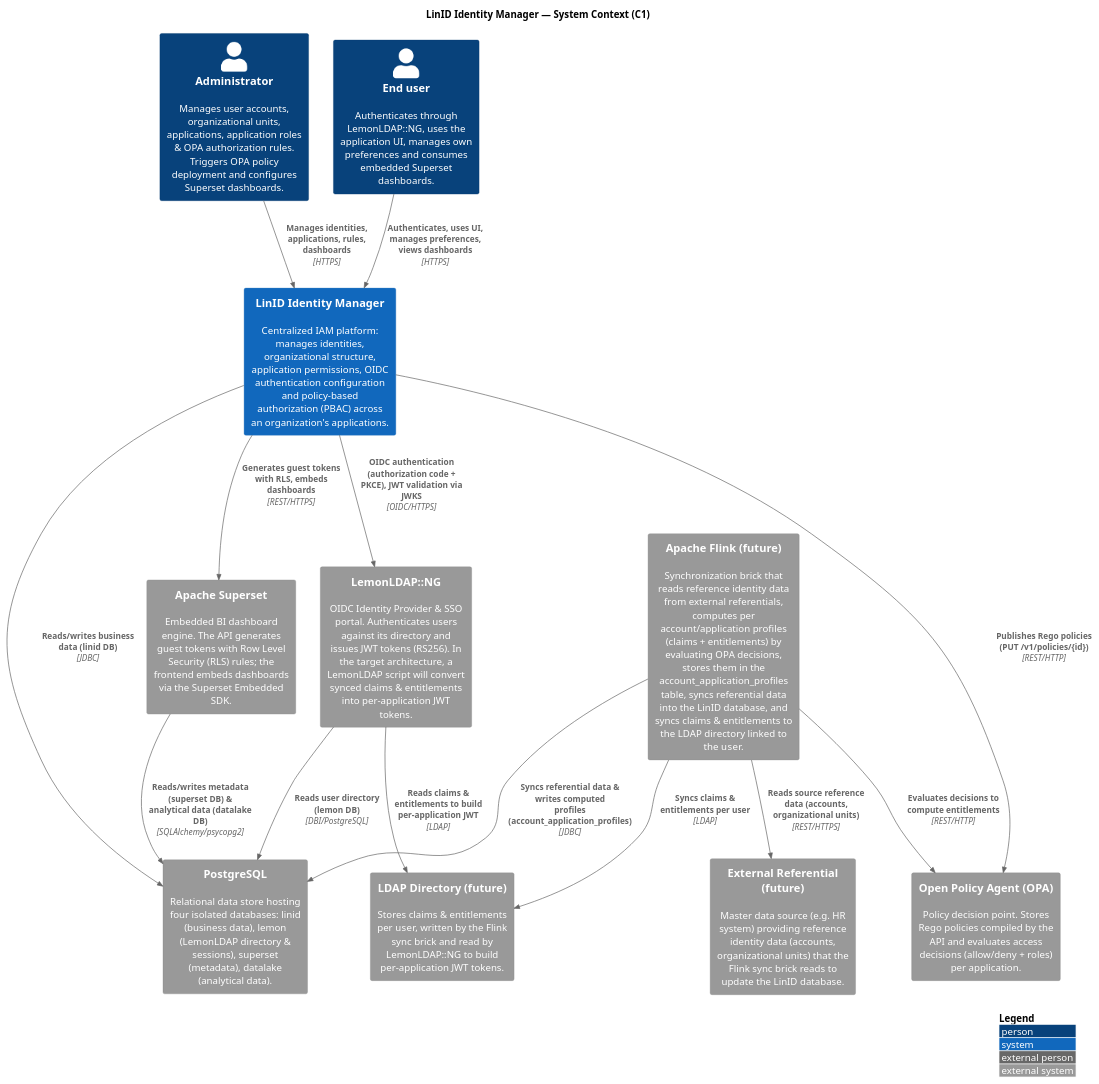
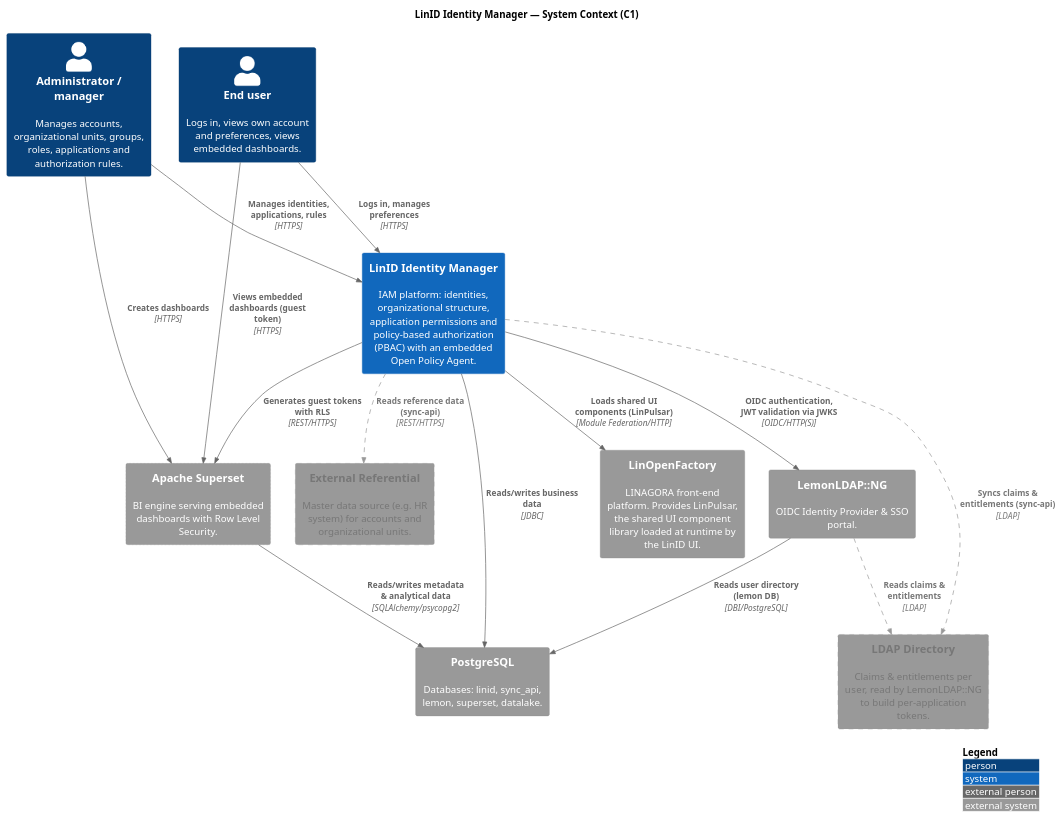
The diagram in docs/c4/C1-system-context.puml (linagora/linid-identity-manager), drawn with PlantUML before and after one commit. The commit also changed 8 other files, not shown here.

Commit message:
docs: improve c1-c3 schemas

```diff
--- a/docs/c4/C1-system-context.puml
+++ b/docs/c4/C1-system-context.puml
@@ -1,47 +1,50 @@
 @startuml C1-System-Context
 ' ============================================================================
 ' LinID Identity Manager — C4 Level 1: System Context
 ' ============================================================================
-!include https://raw.githubusercontent.com/plantuml-stdlib/C4-PlantUML/master/C4_Context.puml
+!include https://raw.githubusercontent.com/plantuml-stdlib/C4-PlantUML/v2.13.0/C4_Context.puml
+
+AddElementTag("future", $fontColor="#777777", $borderColor="#999999", $borderStyle=DashedLine(), $legendText="future (target architecture)")
+AddElementTag("optional", $borderStyle=DottedLine(), $legendText="optional")
+AddRelTag("future", $textColor="#777777", $lineColor="#999999", $lineStyle=DashedLine(), $legendText="future flow")
 
 LAYOUT_WITH_LEGEND()
 title LinID Identity Manager — System Context (C1)
 
 ' --- Actors -----------------------------------------------------------------
-Person(admin, "Administrator", "Manages user accounts, organizational units, applications, application roles & OPA authorization rules. Triggers OPA policy deployment and configures Superset dashboards.")
-Person(enduser, "End user", "Authenticates through LemonLDAP::NG, uses the application UI, manages own preferences and consumes embedded Superset dashboards.")
+Person(admin, "Administrator / manager", "Manages accounts, organizational units, groups, roles, applications and authorization rules.")
+Person(enduser, "End user", "Logs in, views own account and preferences, views embedded dashboards.")
 
 ' --- System -----------------------------------------------------------------
-System(linid, "LinID Identity Manager", "Centralized IAM platform: manages identities, organizational structure, application permissions, OIDC authentication configuration and policy-based authorization (PBAC) across an organization's applications.")
+System(linid, "LinID Identity Manager", "IAM platform: identities, organizational structure, application permissions and policy-based authorization (PBAC) with an embedded Open Policy Agent.")
 
 ' --- External systems (current) --------------------------------------------
-System_Ext(lemonldap, "LemonLDAP::NG", "OIDC Identity Provider & SSO portal. Authenticates users against its directory and issues JWT tokens (RS256). In the target architecture, a LemonLDAP script will convert synced claims & entitlements into per-application JWT tokens.")
-System_Ext(opa, "Open Policy Agent (OPA)", "Policy decision point. Stores Rego policies compiled by the API and evaluates access decisions (allow/deny + roles) per application.")
-System_Ext(superset, "Apache Superset", "Embedded BI dashboard engine. The API generates guest tokens with Row Level Security (RLS) rules; the frontend embeds dashboards via the Superset Embedded SDK.")
-System_Ext(postgres, "PostgreSQL", "Relational data store hosting four isolated databases: linid (business data), lemon (LemonLDAP directory & sessions), superset (metadata), datalake (analytical data).")
+System_Ext(lof, "LinOpenFactory", "LINAGORA front-end platform. Provides LinPulsar, the shared UI component library loaded at runtime by the LinID UI.")
+System_Ext(lemonldap, "LemonLDAP::NG", "OIDC Identity Provider & SSO portal.")
+System_Ext(superset, "Apache Superset", "BI engine serving embedded dashboards with Row Level Security.", $tags="optional")
+System_Ext(postgres, "PostgreSQL", "Databases: linid, sync_api, lemon, superset, datalake.")
 
-' --- External systems (future / target architecture) -----------------------
-System_Ext(flink, "Apache Flink (future)", "Synchronization brick that reads reference identity data from external referentials, computes per account/application profiles (claims + entitlements) by evaluating OPA decisions, stores them in the account_application_profiles table, syncs referential data into the LinID database, and syncs claims & entitlements to the LDAP directory linked to the user.")
-System_Ext(ldap, "LDAP Directory (future)", "Stores claims & entitlements per user, written by the Flink sync brick and read by LemonLDAP::NG to build per-application JWT tokens.")
-System_Ext(referentiel, "External Referential (future)", "Master data source (e.g. HR system) providing reference identity data (accounts, organizational units) that the Flink sync brick reads to update the LinID database.")
+' --- External systems (future) ---------------------------------------------
+System_Ext(ldap, "LDAP Directory", "Claims & entitlements per user, read by LemonLDAP::NG to build per-application tokens.", $tags="future")
+System_Ext(referentiel, "External Referential", "Master data source (e.g. HR system) for accounts and organizational units.", $tags="future")
 
 ' --- Relationships (current) ------------------------------------------------
-Rel(admin, linid, "Manages identities, applications, rules, dashboards", "HTTPS")
-Rel(enduser, linid, "Authenticates, uses UI, manages preferences, views dashboards", "HTTPS")
+Rel(admin, linid, "Manages identities, applications, rules", "HTTPS")
+Rel(enduser, linid, "Logs in, manages preferences", "HTTPS")
+Rel(admin, superset, "Creates dashboards", "HTTPS")
+Rel(enduser, superset, "Views embedded dashboards (guest token)", "HTTPS")
 
-Rel(linid, lemonldap, "OIDC authentication (authorization code + PKCE), JWT validation via JWKS", "OIDC/HTTPS")
-Rel(linid, opa, "Publishes Rego policies (PUT /v1/policies/{id})", "REST/HTTP")
-Rel(linid, superset, "Generates guest tokens with RLS, embeds dashboards", "REST/HTTPS")
-Rel(linid, postgres, "Reads/writes business data (linid DB)", "JDBC")
+Rel(linid, lof, "Loads shared UI components (LinPulsar)", "Module Federation/HTTP")
+Rel(linid, lemonldap, "OIDC authentication, JWT validation via JWKS", "OIDC/HTTP(S)")
+Rel(linid, superset, "Generates guest tokens with RLS", "REST/HTTPS")
+Rel(linid, postgres, "Reads/writes business data", "JDBC")
 
 Rel(lemonldap, postgres, "Reads user directory (lemon DB)", "DBI/PostgreSQL")
-Rel(superset, postgres, "Reads/writes metadata (superset DB) & analytical data (datalake DB)", "SQLAlchemy/psycopg2")
+Rel(superset, postgres, "Reads/writes metadata & analytical data", "SQLAlchemy/psycopg2")
 
-' --- Relationships (future / target architecture) --------------------------
-Rel(flink, referentiel, "Reads source reference data (accounts, organizational units)", "REST/HTTPS")
-Rel(flink, opa, "Evaluates decisions to compute entitlements", "REST/HTTP")
-Rel(flink, postgres, "Syncs referential data & writes computed profiles (account_application_profiles)", "JDBC")
-Rel(flink, ldap, "Syncs claims & entitlements per user", "LDAP")
-Rel(lemonldap, ldap, "Reads claims & entitlements to build per-application JWT", "LDAP")
+' --- Relationships (future) -------------------------------------------------
+Rel(linid, referentiel, "Reads reference data (sync-api)", "REST/HTTPS", $tags="future")
+Rel(linid, ldap, "Syncs claims & entitlements (sync-api)", "LDAP", $tags="future")
+Rel(lemonldap, ldap, "Reads claims & entitlements", "LDAP", $tags="future")
 
 @enduml
```
